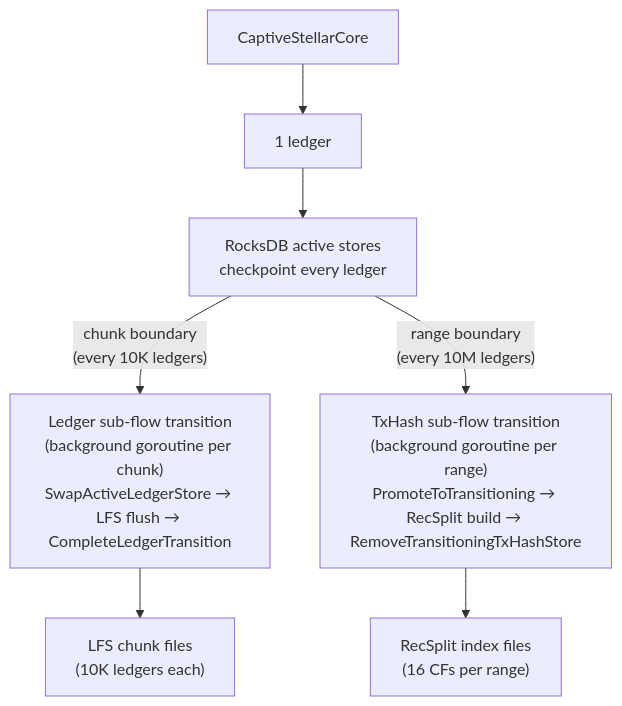
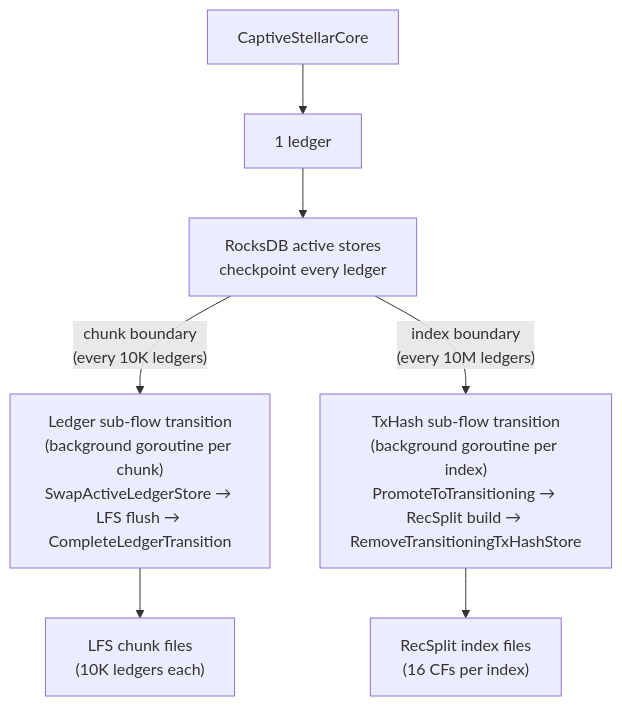
One commit to stellar/stellar-rpc changed the eighth of 12 diagrams in full-history/design-docs/01-architecture-overview.md. Above: the diagram before and after it, drawn with Mermaid. The commit also changed other lines of this file, not shown here.

Commit message:
docs: 01-architecture-overview — range→index sweep

````diff
--- a/full-history/design-docs/01-architecture-overview.md
+++ b/full-history/design-docs/01-architecture-overview.md
@@ -202,9 +204,9 @@
 ```mermaid
 flowchart TD
     A["CaptiveStellarCore"] --> B["1 ledger"]
     B --> C["RocksDB active stores<br/>checkpoint every ledger"]
     C -->|"chunk boundary<br/>(every 10K ledgers)"| D["Ledger sub-flow transition<br/>(background goroutine per chunk)<br/>SwapActiveLedgerStore → LFS flush → CompleteLedgerTransition"]
     D --> E["LFS chunk files<br/>(10K ledgers each)"]
-    C -->|"range boundary<br/>(every 10M ledgers)"| F["TxHash sub-flow transition<br/>(background goroutine per range)<br/>PromoteToTransitioning → RecSplit build → RemoveTransitioningTxHashStore"]
-    F --> G["RecSplit index files<br/>(16 CFs per range)"]
+    C -->|"index boundary<br/>(every 10M ledgers)"| F["TxHash sub-flow transition<br/>(background goroutine per index)<br/>PromoteToTransitioning → RecSplit build → RemoveTransitioningTxHashStore"]
+    F --> G["RecSplit index files<br/>(16 CFs per index)"]
 ```
````
